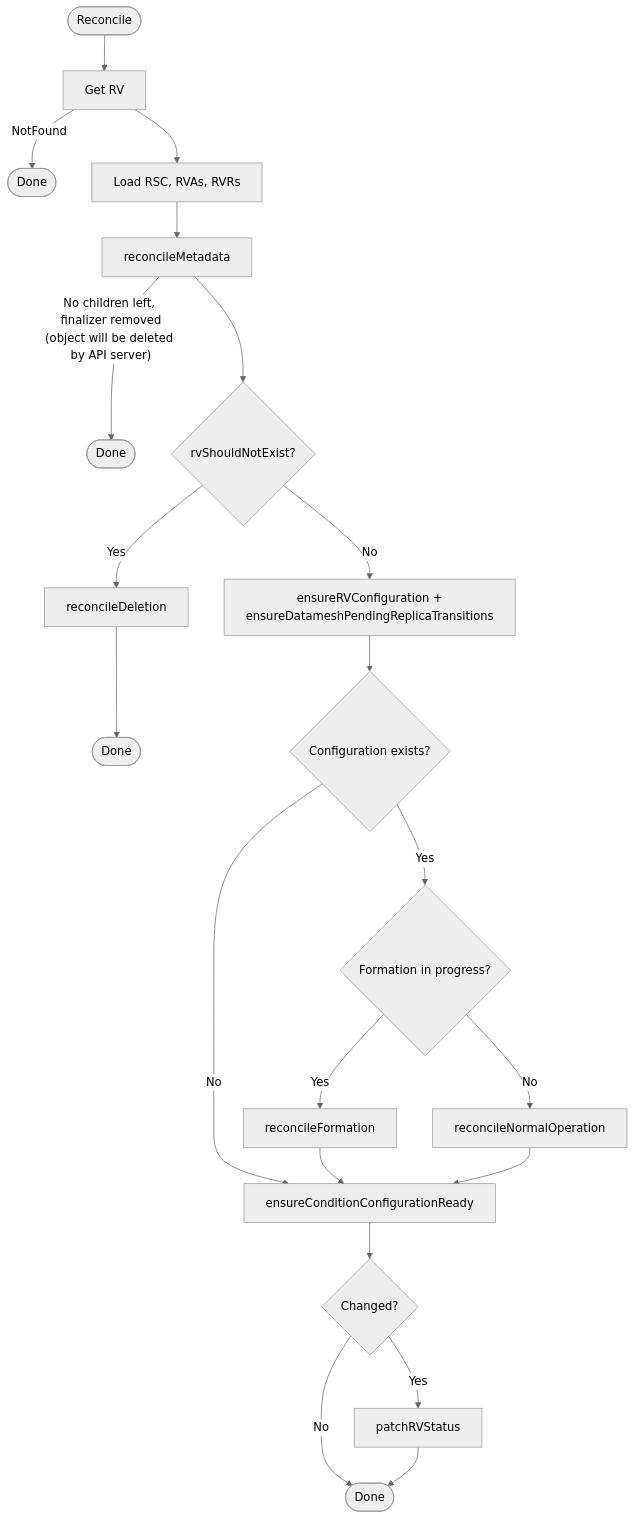
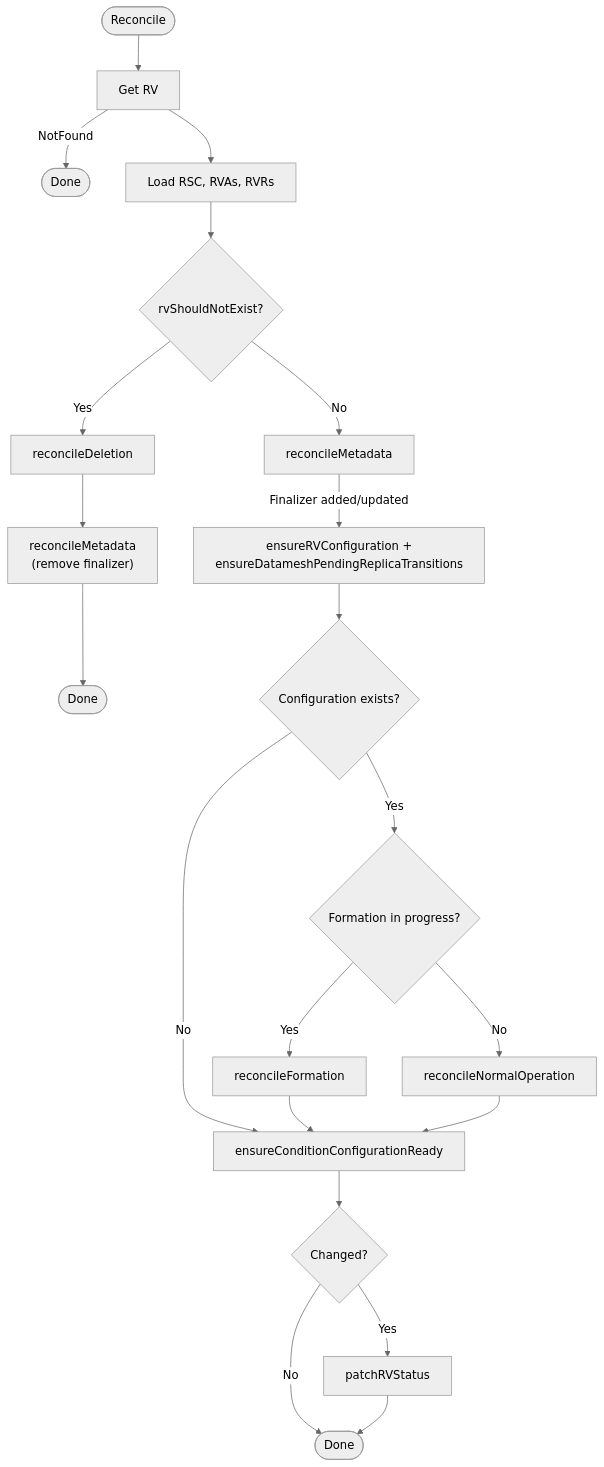
One commit to deckhouse/sds-replicated-volume changed the first of 8 diagrams in images/controller/internal/controllers/rv_controller/README.md. Above: the diagram before and after it, drawn with Mermaid (neutral theme). The commit also changed other lines of this file and 9 other files, not shown here.

````diff
--- a/images/controller/internal/controllers/rv_controller/README.md
+++ b/images/controller/internal/controllers/rv_controller/README.md
@@ -89,30 +92,29 @@
 ```mermaid
 flowchart TD
     Start([Reconcile]) --> GetRV[Get RV]
     GetRV -->|NotFound| Done1([Done])
     GetRV --> LoadDeps[Load RSC, RVAs, RVRs]
 
-    LoadDeps --> Meta[reconcileMetadata]
-    Meta -->|"No children left, finalizer removed<br/>(object will be deleted by API server)"| Done2([Done])
+    LoadDeps --> CheckDelete{rvShouldNotExist?}
+    CheckDelete -->|Yes| Deletion[reconcileDeletion]
+    Deletion --> MetaDel["reconcileMetadata<br/>(remove finalizer)"]
+    MetaDel --> Done3([Done])
 
-    Meta --> CheckDelete{rvShouldNotExist?}
-    CheckDelete -->|Yes| Deletion[reconcileDeletion]
-    Deletion --> Done3([Done])
-
-    CheckDelete -->|No| EnsureConfig[ensureRVConfiguration +<br/>ensureDatameshPendingReplicaTransitions]
+    CheckDelete -->|No| Meta[reconcileMetadata]
+    Meta -->|"Finalizer added/updated"| EnsureConfig[ensureRVConfiguration +<br/>ensureDatameshPendingReplicaTransitions]
     EnsureConfig --> CheckConfig{Configuration exists?}
     CheckConfig -->|No| Conditions
 
     CheckConfig -->|Yes| CheckForming{Formation in progress?}
     CheckForming -->|Yes| Formation[reconcileFormation]
     CheckForming -->|No| NormalOp[reconcileNormalOperation]
 
     Formation --> Conditions
     NormalOp --> Conditions
 
     Conditions[ensureConditionConfigurationReady]
     Conditions --> PatchDecision{Changed?}
     PatchDecision -->|Yes| Patch[patchRVStatus]
     PatchDecision -->|No| EndNode([Done])
     Patch --> EndNode
 ```
````
